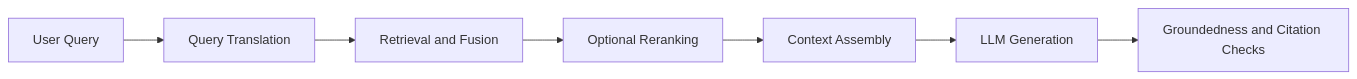
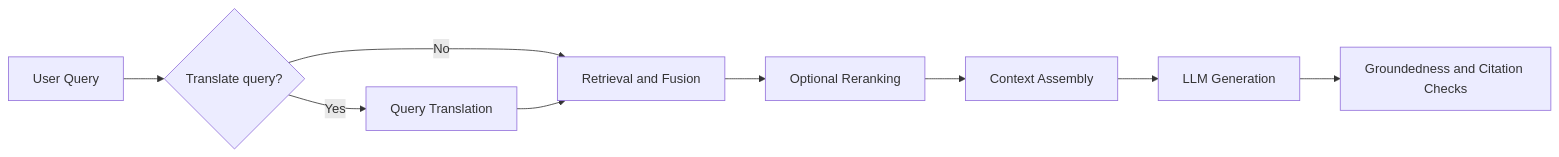
The diagram in Vault/Home/AI & ML/LLM/Context Engineering/RAG/RAG.md (grafanaKibana/devbook.zip), drawn with Mermaid before and after one commit. The commit also changed other lines of this file and 73 other files, not shown here.

````diff
--- a/Vault/Home/AI & ML/LLM/Context Engineering/RAG/RAG.md
+++ b/Vault/Home/AI & ML/LLM/Context Engineering/RAG/RAG.md
@@ -26,9 +28,11 @@
 ```mermaid
 flowchart LR
-    Q[User Query] --> T[Query Translation]
-    T --> R[Retrieval and Fusion]
+    Q[User Query] --> D{Translate query?}
+    D -->|No| R[Retrieval and Fusion]
+    D -->|Yes| T[Query Translation]
+    T --> R
     R --> RR[Optional Reranking]
     RR --> C[Context Assembly]
     C --> G[LLM Generation]
     G --> V[Groundedness and Citation Checks]
 ```
````
